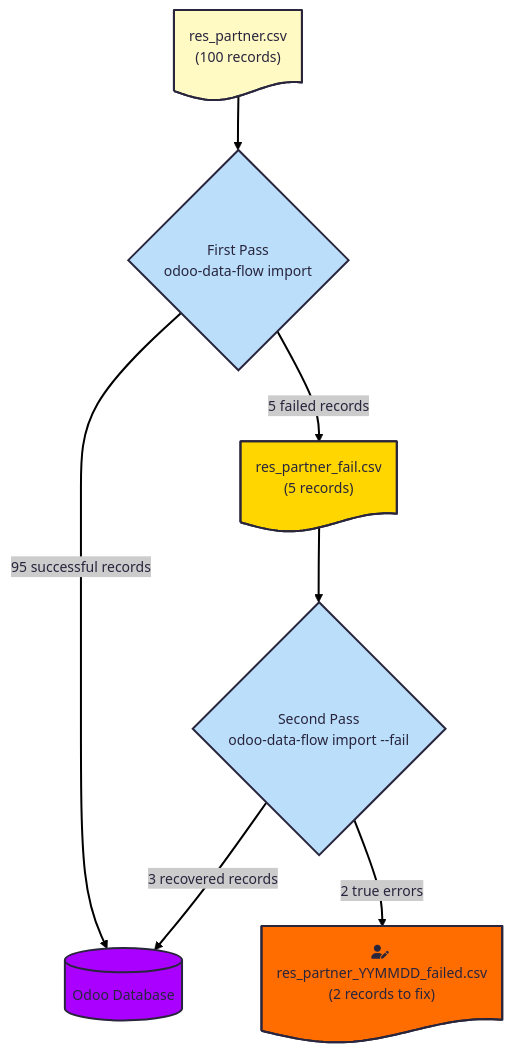
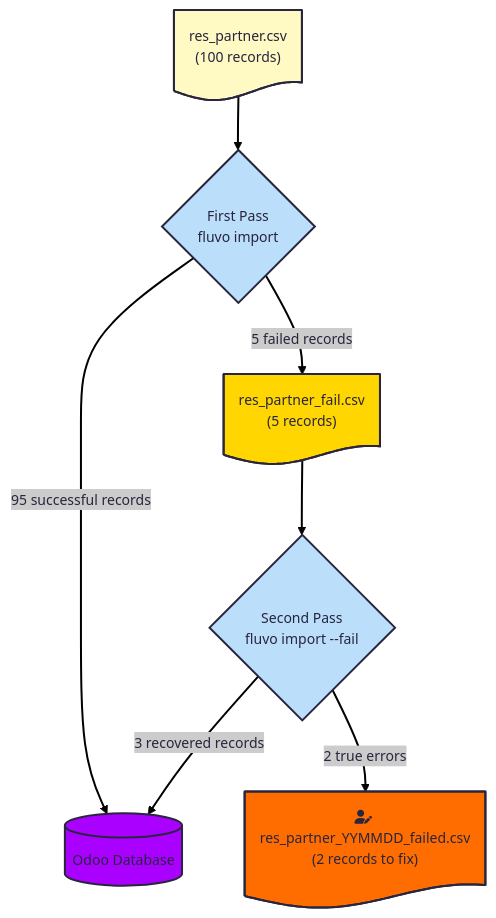
One commit to GetFluvo/fluvo changed the fourth of 5 diagrams in docs/core_concepts.md. Above: the diagram before and after it, drawn with Mermaid. The commit also changed other lines of this file and 144 other files, not shown here.

Commit message:
Rebrand odoo-data-flow → Fluvo; add LGPL attribution (odoo_csv_import) & CLA

````diff
--- a/docs/core_concepts.md
+++ b/docs/core_concepts.md
@@ -171,25 +171,25 @@
 ```{mermaid}
 ---
 config:
   theme: redux
 ---
 flowchart TD
-    A["res_partner.csv<br>(100 records)"] --> B{"First Pass<br>odoo-data-flow import"}
+    A["res_partner.csv<br>(100 records)"] --> B{"First Pass<br>fluvo import"}
     B -- 95 successful records --> C["Odoo Database"]
     B -- 5 failed records --> D["res_partner_fail.csv<br>(5 records)"]
-    D --> E{"Second Pass<br>odoo-data-flow import --fail"}
+    D --> E{"Second Pass<br>fluvo import --fail"}
     E -- 3 recovered records --> C
     E -- 2 true errors --> F["fa:fa-user-edit res_partner_YYMMDD_failed.csv<br>(2 records to fix)"]
 
     A@{ shape: doc}
     C@{ shape: cyl}
     D@{ shape: doc}
     F@{ shape: doc}
     style A fill:#FFF9C4
     style B fill:#BBDEFB
     style C fill:#AA00FF
     style D fill:#FFD600
     style E fill:#BBDEFB
     style F fill:#FF6D00
 
 ```
````
